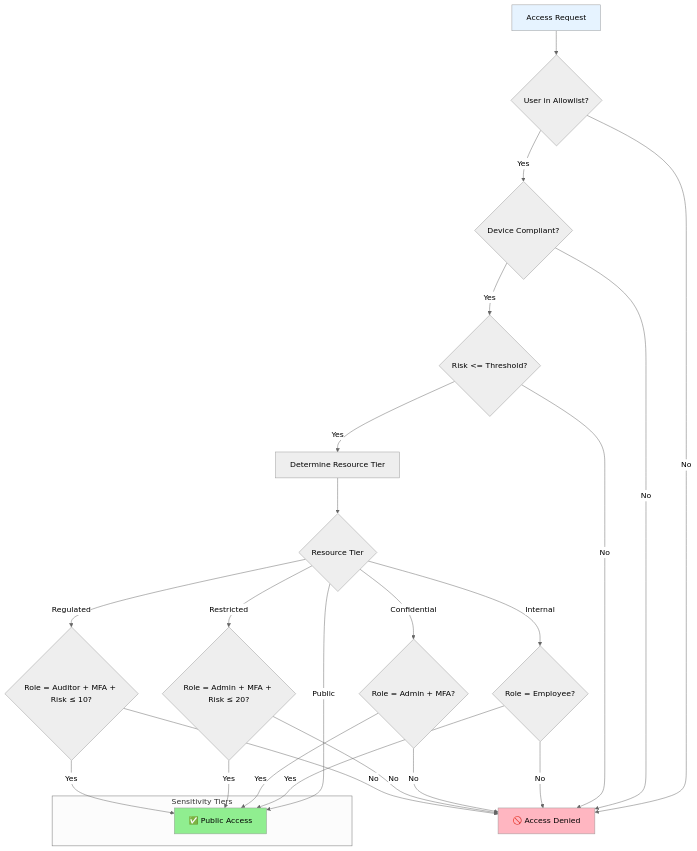
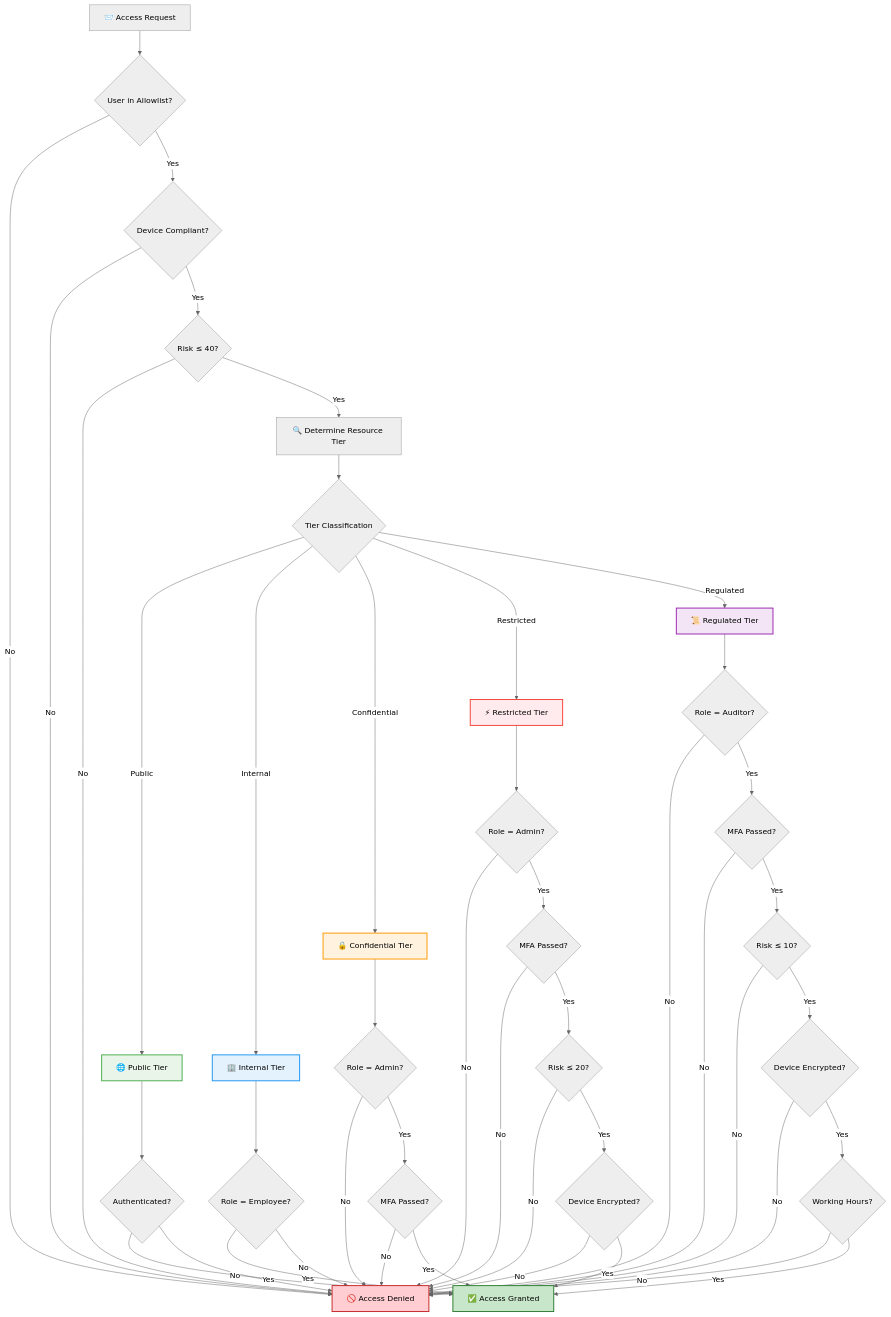
Before and after one commit to Olagoldstx/zero-trust-comprehensive-course: the diagram in labs/04-resource-tiers/authorization-flow.mmd, drawn with Mermaid (neutral theme). The commit also changed 8 other files, not shown here.

```diff
--- a/labs/04-resource-tiers/authorization-flow.mmd
+++ b/labs/04-resource-tiers/authorization-flow.mmd
@@ -1,34 +1,74 @@
 flowchart TD
-    A[Access Request] --> B{User in Allowlist?}
+    A[📨 Access Request] --> B{User in Allowlist?}
     B -->|No| C[🚫 Access Denied]
     B -->|Yes| D{Device Compliant?}
     
     D -->|No| C
-    D -->|Yes| E{Risk <= Threshold?}
+    D -->|Yes| E{Risk ≤ 40?}
     
     E -->|No| C
-    E -->|Yes| F[Determine Resource Tier]
+    E -->|Yes| F[🔍 Determine Resource Tier]
     
-    F --> G{Resource Tier}
-    G -->|Public| H[✅ Public Access]
-    G -->|Internal| I{Role = Employee?}
-    G -->|Confidential| J{Role = Admin + MFA?}
-    G -->|Restricted| K{Role = Admin + MFA + Risk ≤ 20?}
-    G -->|Regulated| L{Role = Auditor + MFA + Risk ≤ 10?}
+    F --> G{Tier Classification}
+    G -->|Public| H[🌐 Public Tier]
+    G -->|Internal| I[🏢 Internal Tier]
+    G -->|Confidential| J[🔒 Confidential Tier]
+    G -->|Restricted| K[⚡ Restricted Tier]
+    G -->|Regulated| L[📜 Regulated Tier]
     
-    I -->|Yes| H
-    I -->|No| C
-    J -->|Yes| H
-    J -->|No| C
-    K -->|Yes| H
-    K -->|No| C
-    L -->|Yes| H
-    L -->|No| C
+    %% Public Tier - Minimal security
+    H --> M{Authenticated?}
+    M -->|Yes| N[✅ Access Granted]
+    M -->|No| C
     
-    subgraph Tiers [Sensitivity Tiers]
-        H
-    end
+    %% Internal Tier - Basic employment
+    I --> O{Role = Employee?}
+    O -->|Yes| N
+    O -->|No| C
     
-    style H fill:#90EE90
-    style C fill:#FFB6C1
-    style A fill:#E6F3FF
+    %% Confidential Tier - Admin + MFA
+    J --> P{Role = Admin?}
+    P -->|No| C
+    P -->|Yes| Q{MFA Passed?}
+    Q -->|No| C
+    Q -->|Yes| N
+    
+    %% Restricted Tier - Enhanced security
+    K --> R{Role = Admin?}
+    R -->|No| C
+    R -->|Yes| S{MFA Passed?}
+    S -->|No| C
+    S -->|Yes| T{Risk ≤ 20?}
+    T -->|No| C
+    T -->|Yes| U{Device Encrypted?}
+    U -->|No| C
+    U -->|Yes| N
+    
+    %% Regulated Tier - Maximum security
+    L --> V{Role = Auditor?}
+    V -->|No| C
+    V -->|Yes| W{MFA Passed?}
+    W -->|No| C
+    W -->|Yes| X{Risk ≤ 10?}
+    X -->|No| C
+    X -->|Yes| Y{Device Encrypted?}
+    Y -->|No| C
+    Y -->|Yes| Z{Working Hours?}
+    Z -->|No| C
+    Z -->|Yes| N
+    
+    classDef tierPublic fill:#E8F5E8,stroke:#4CAF50,stroke-width:2px
+    classDef tierInternal fill:#E3F2FD,stroke:#2196F3,stroke-width:2px
+    classDef tierConfidential fill:#FFF3E0,stroke:#FF9800,stroke-width:2px
+    classDef tierRestricted fill:#FFEBEE,stroke:#F44336,stroke-width:2px
+    classDef tierRegulated fill:#F3E5F5,stroke:#9C27B0,stroke-width:2px
+    classDef success fill:#C8E6C9,stroke:#2E7D32,stroke-width:2px
+    classDef denied fill:#FFCDD2,stroke:#C62828,stroke-width:2px
+    
+    class H tierPublic
+    class I tierInternal
+    class J tierConfidential
+    class K tierRestricted
+    class L tierRegulated
+    class N success
+    class C denied
```
